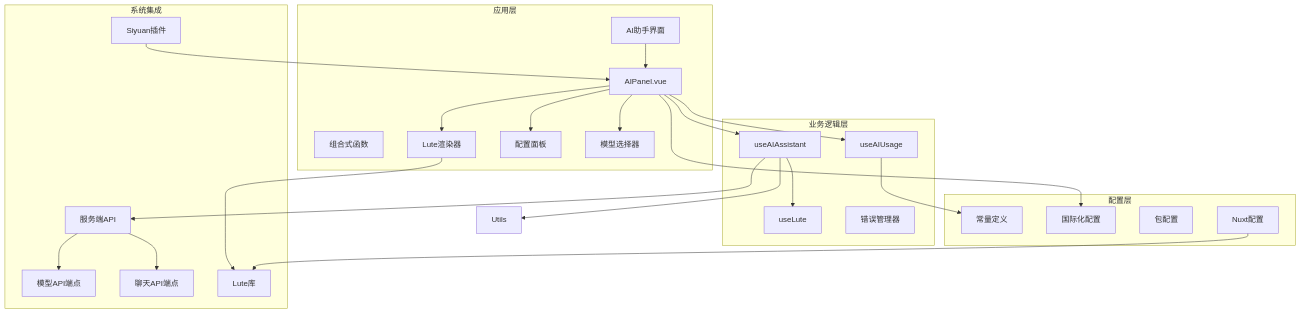
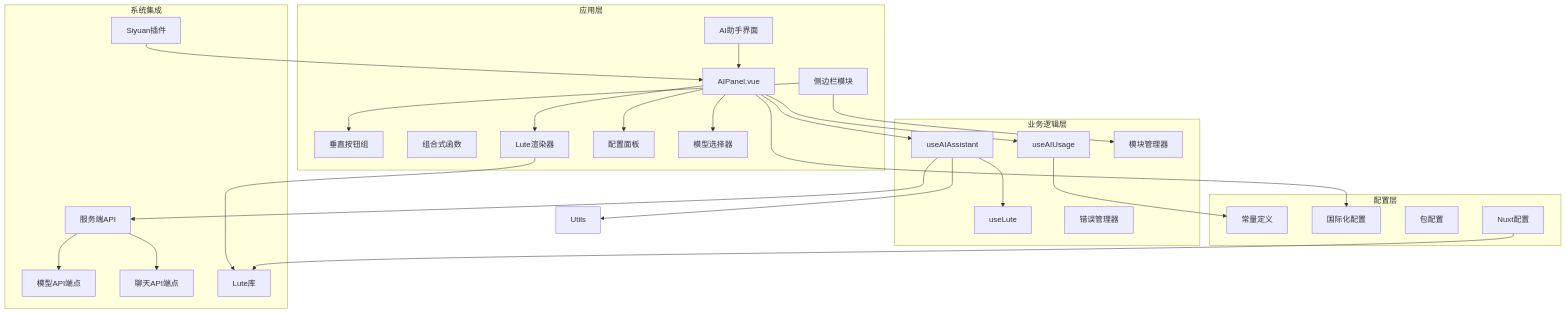
The first of 34 diagrams in .qoder/repowiki/zh/content/核心功能/AI助手系统.md (terwer/siyuan-plugin-blog), drawn with Mermaid before and after one commit. The commit also changed other lines of this file and 5 other files, not shown here.

Commit message:
docs(zh): modular sidebar with vertical buttons for outline system

````diff
--- a/.qoder/repowiki/zh/content/核心功能/AI助手系统.md
+++ b/.qoder/repowiki/zh/content/核心功能/AI助手系统.md
@@ -61,46 +66,51 @@
 ```mermaid
 graph TB
 subgraph "应用层"
 UI[AI助手界面]
 Panel[AIPanel.vue]
+Sidebar[侧边栏模块]
+CollapsedButtons[垂直按钮组]
 Composables[组合式函数]
 LuteRenderer[Lute渲染器]
 ConfigPanel[配置面板]
 ModelSelector[模型选择器]
 end
 subgraph "业务逻辑层"
 Assistant[useAIAssistant]
 Usage[useAIUsage]
 LuteHook[useLute]
 ErrorManager[错误管理器]
+ModuleManager[模块管理器]
 end
 subgraph "配置层"
 Constants[常量定义]
 I18n[国际化配置]
 Package[包配置]
 NuxtConfig[Nuxt配置]
 end
 subgraph "系统集成"
 Siyuan[Siyuan插件]
 Server[服务端API]
 ModelAPI[模型API端点]
 ChatAPI[聊天API端点]
 LuteLib[Lute库]
 end
 UI --> Panel
 Panel --> Assistant
 Panel --> Usage
 Panel --> LuteRenderer
 Panel --> ConfigPanel
 Panel --> ModelSelector
 Assistant --> LuteHook
 Assistant --> Utils
 Usage --> Constants
 Panel --> I18n
 Assistant --> Server
 Server --> ModelAPI
 Server --> ChatAPI
 LuteRenderer --> LuteLib
+Sidebar --> CollapsedButtons
+Sidebar --> ModuleManager
 Siyuan --> Panel
 NuxtConfig --> LuteLib
 ```
````
